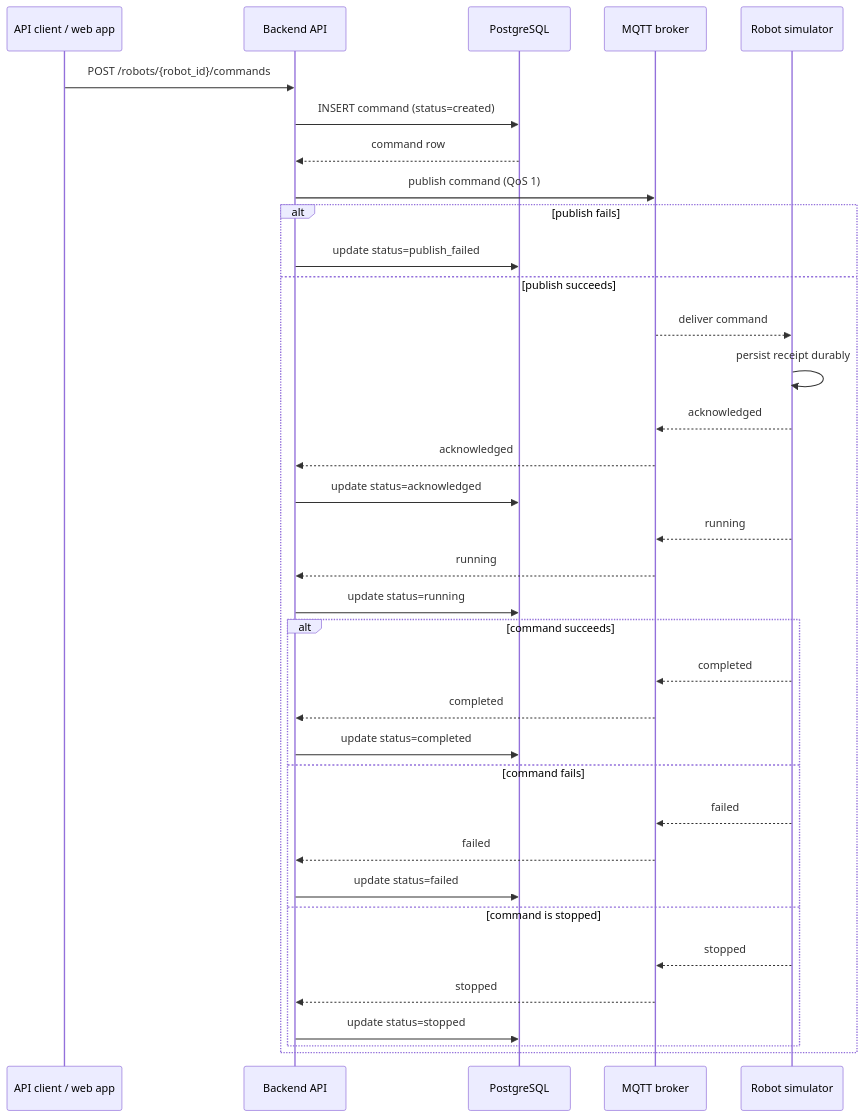
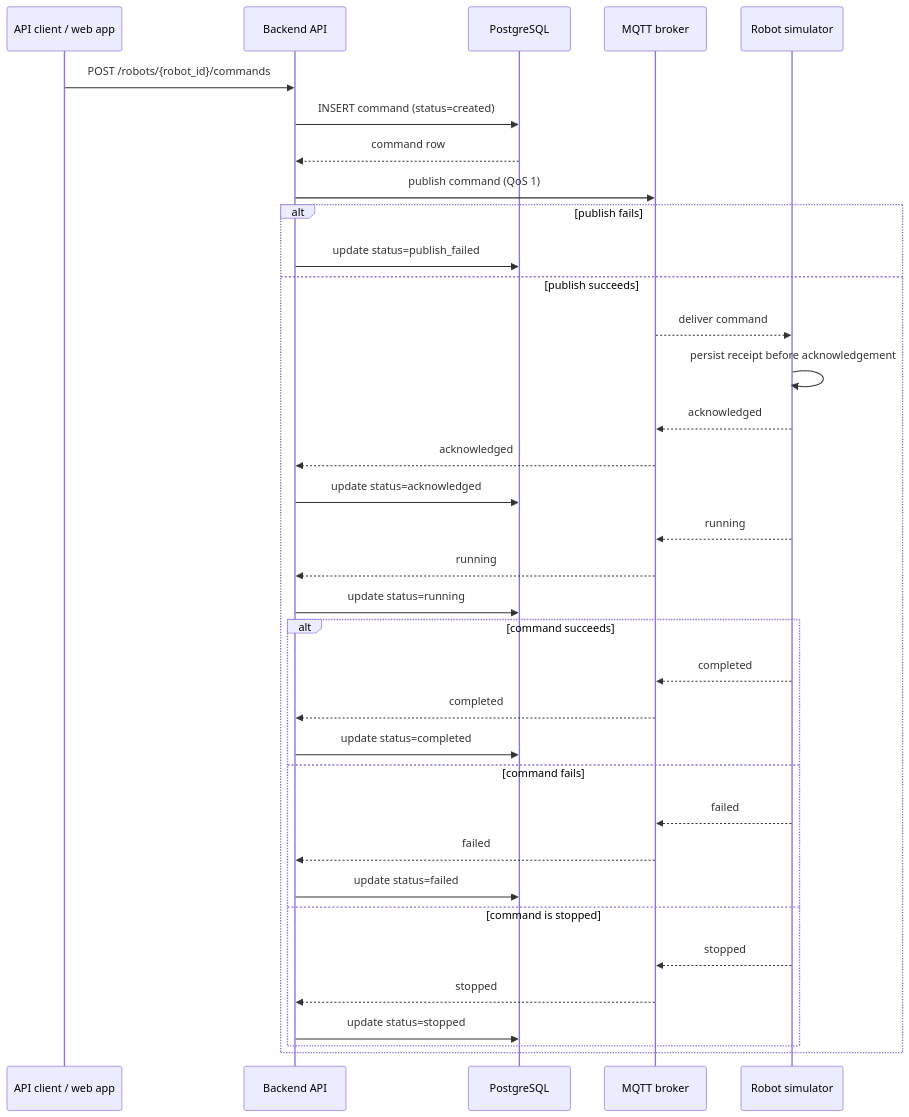
The third of 3 diagrams in README.md (satr/robot-fleet), drawn with Mermaid before and after one commit. The commit also changed other lines of this file and 5 other files, not shown here.

````diff
--- a/README.md
+++ b/README.md
@@ -57,38 +57,38 @@
 ```mermaid
 sequenceDiagram
     participant API as API client / web app
     participant Backend as Backend API
     participant DB as PostgreSQL
     participant MQTT as MQTT broker
     participant Robot as Robot simulator
 
     API->>Backend: POST /robots/{robot_id}/commands
     Backend->>DB: INSERT command (status=created)
     DB-->>Backend: command row
     Backend->>MQTT: publish command (QoS 1)
     alt publish fails
         Backend->>DB: update status=publish_failed
     else publish succeeds
         MQTT-->>Robot: deliver command
-        Robot->>Robot: persist receipt durably
+        Robot->>Robot: persist receipt before acknowledgement
         Robot-->>MQTT: acknowledged
         MQTT-->>Backend: acknowledged
         Backend->>DB: update status=acknowledged
         Robot-->>MQTT: running
         MQTT-->>Backend: running
         Backend->>DB: update status=running
         alt command succeeds
             Robot-->>MQTT: completed
             MQTT-->>Backend: completed
             Backend->>DB: update status=completed
         else command fails
             Robot-->>MQTT: failed
             MQTT-->>Backend: failed
             Backend->>DB: update status=failed
         else command is stopped
             Robot-->>MQTT: stopped
             MQTT-->>Backend: stopped
             Backend->>DB: update status=stopped
         end
     end
 ```
````
